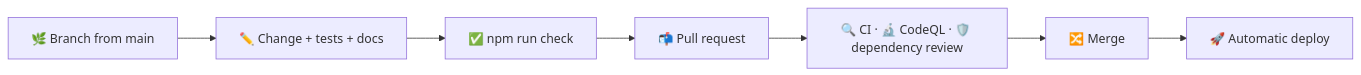
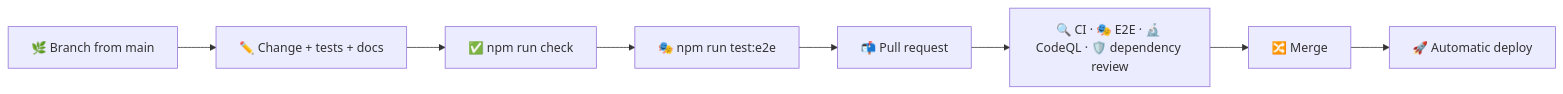
One commit to sacrificed666/react-todo-app changed the diagram in docs/contributing.md. Above: the diagram before and after it, drawn with Mermaid. The commit also changed other lines of this file and 40 other files, not shown here.

````diff
--- a/docs/contributing.md
+++ b/docs/contributing.md
@@ -5,9 +5,10 @@
 ```mermaid
 flowchart LR
   Branch[🌿 Branch from main] --> Code[✏️ Change + tests + docs]
   Code --> Check[✅ npm run check]
-  Check --> PR[📬 Pull request]
-  PR --> CI[🔍 CI · 🔬 CodeQL · 🛡️ dependency review]
+  Check --> E2E[🎭 npm run test:e2e]
+  E2E --> PR[📬 Pull request]
+  PR --> CI[🔍 CI · 🎭 E2E · 🔬 CodeQL · 🛡️ dependency review]
   CI --> Merge[🔀 Merge]
   Merge --> Deploy[🚀 Automatic deploy]
 ```
````
